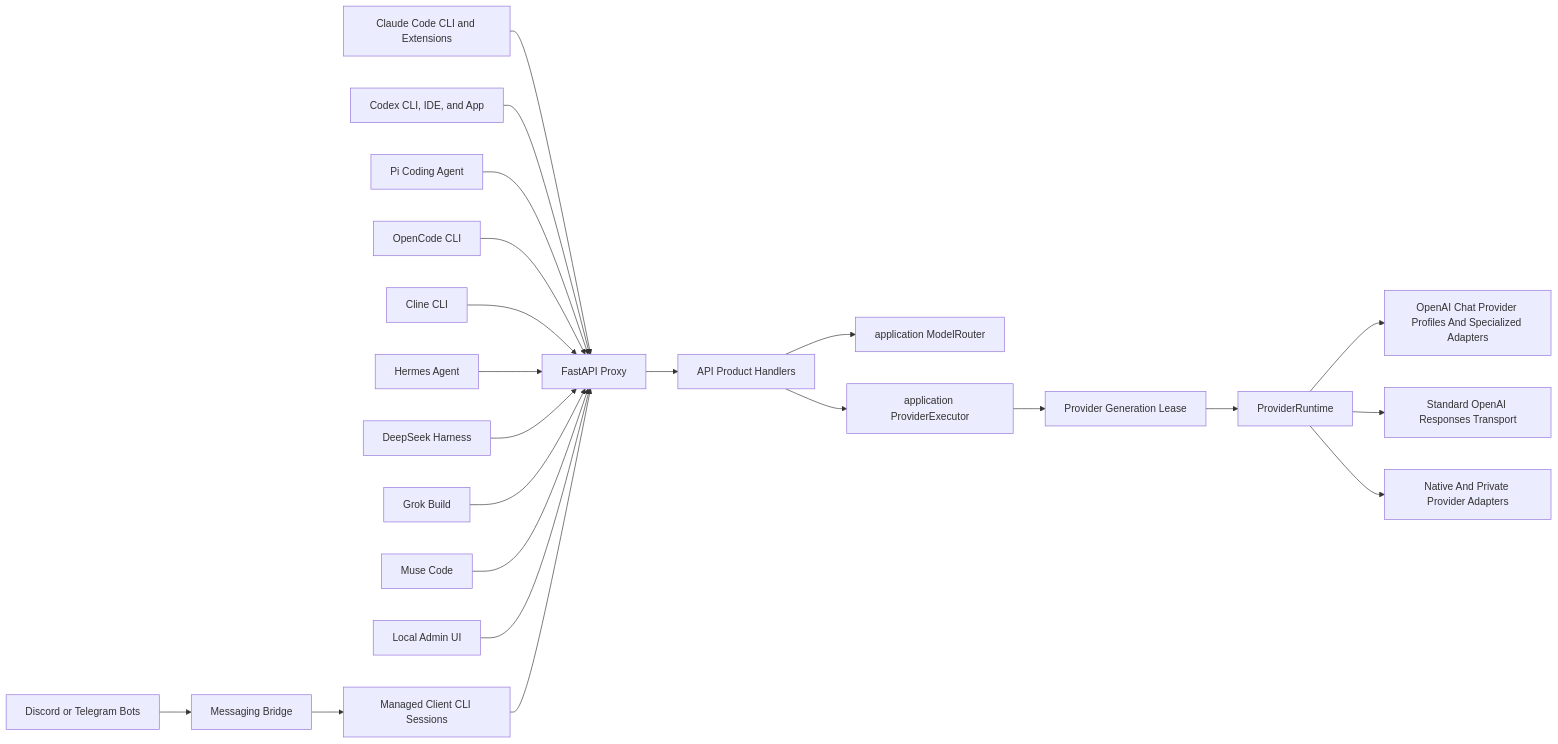
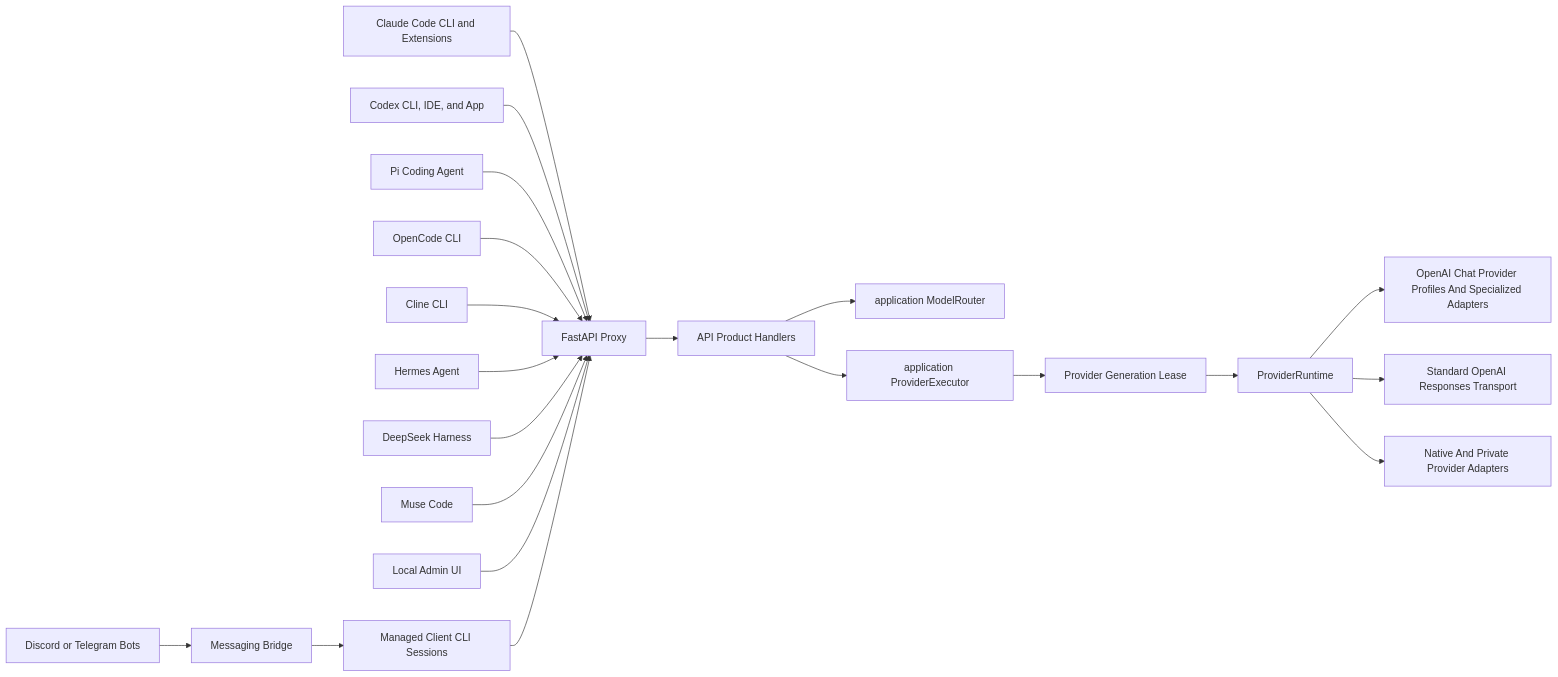
Before and after one commit to BarefootMikeOfHorme/FCC: the first of 3 diagrams in fcc-main/ARCHITECTURE.md, drawn with Mermaid. The commit also changed other lines of this file and 27 other files, not shown here.

````diff
--- a/fcc-main/ARCHITECTURE.md
+++ b/fcc-main/ARCHITECTURE.md
@@ -29,24 +29,23 @@
 ```mermaid
 flowchart LR
     ClaudeCode[Claude Code CLI and Extensions] --> ProxyAPI[FastAPI Proxy]
     Codex[Codex CLI, IDE, and App] --> ProxyAPI
     Pi[Pi Coding Agent] --> ProxyAPI
     OpenCode[OpenCode CLI] --> ProxyAPI
     Cline[Cline CLI] --> ProxyAPI
     Hermes[Hermes Agent] --> ProxyAPI
     DSH[DeepSeek Harness] --> ProxyAPI
-    Grok[Grok Build] --> ProxyAPI
     Muse[Muse Code] --> ProxyAPI
     AdminUI[Local Admin UI] --> ProxyAPI
     Bots[Discord or Telegram Bots] --> Messaging[Messaging Bridge]
     Messaging --> ClientCLI[Managed Client CLI Sessions]
     ClientCLI --> ProxyAPI
     ProxyAPI --> Handlers[API Product Handlers]
     Handlers --> Router[application ModelRouter]
     Handlers --> Executor[application ProviderExecutor]
     Executor --> Lease[Provider Generation Lease]
     Lease --> Providers[ProviderRuntime]
     Providers --> OpenAIChat[OpenAI Chat Provider Profiles And Specialized Adapters]
     Providers --> OpenAIResponses[Standard OpenAI Responses Transport]
     Providers --> NativeProviders[Native And Private Provider Adapters]
 ```
````
